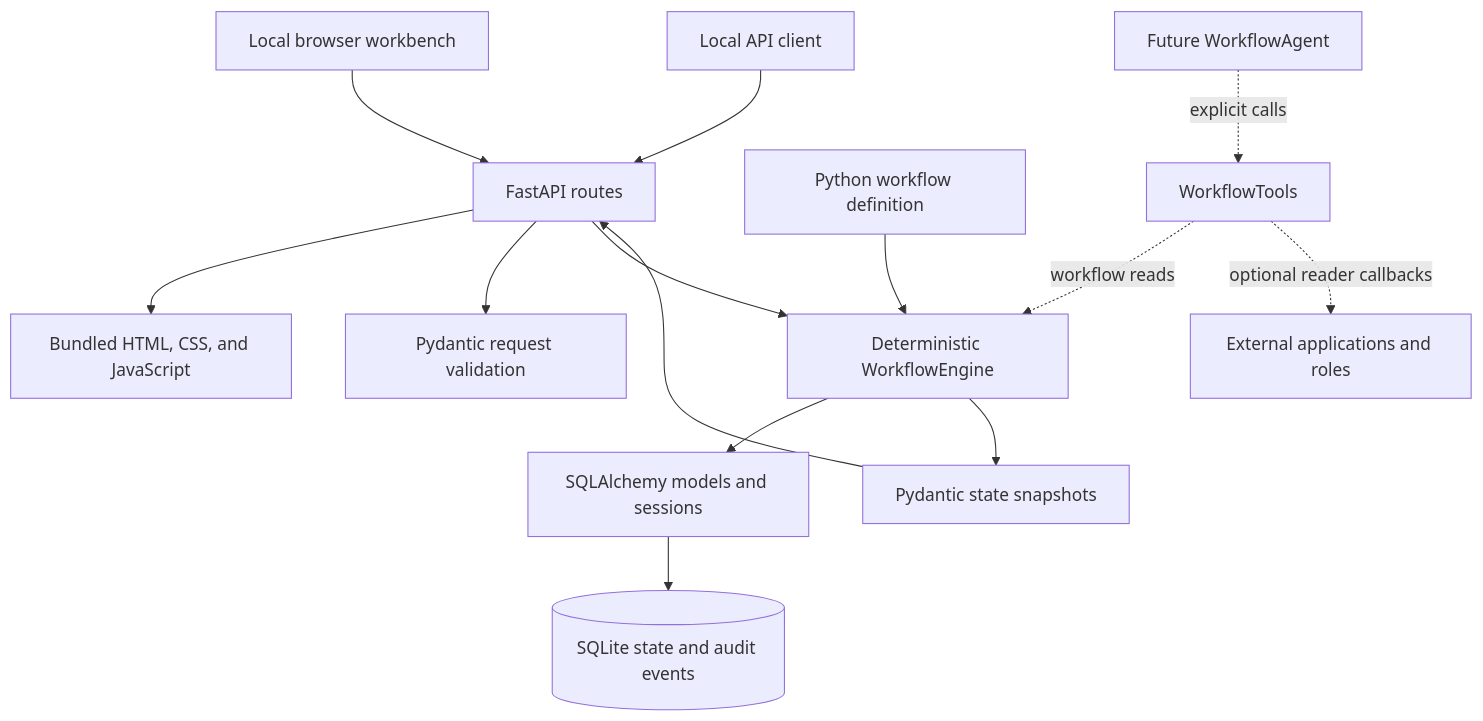
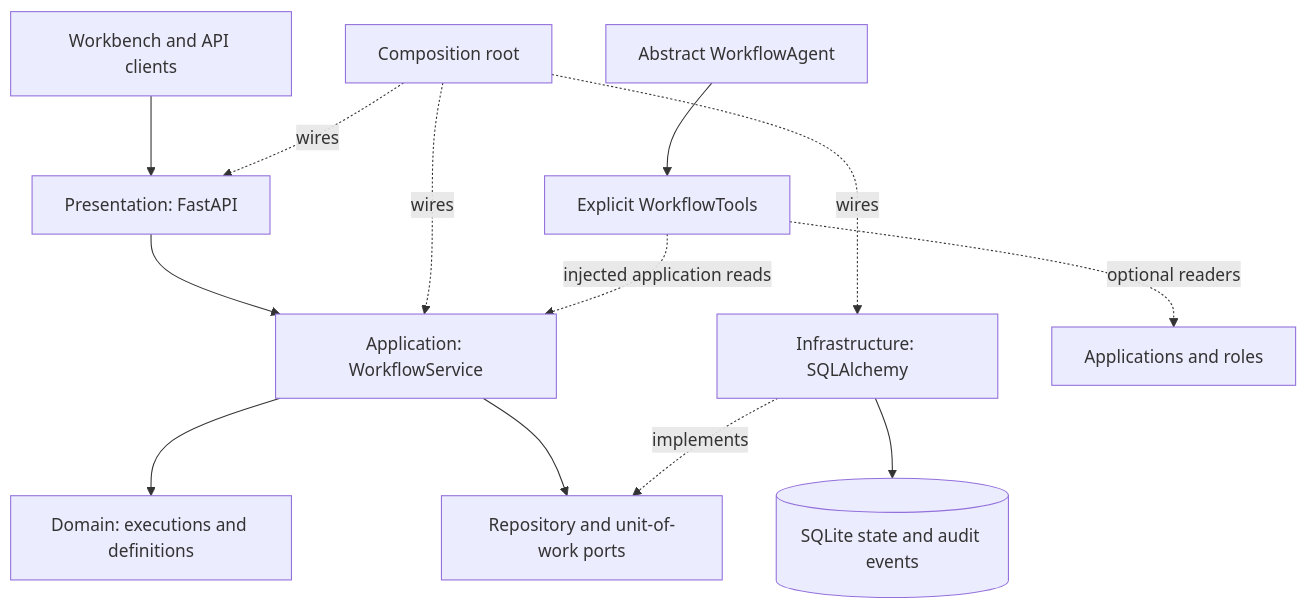
Before and after one commit to ace2358/Risk-Desk-Approval-Workflow: the first of 2 diagrams in docs/architecture.md, drawn with Mermaid. The commit also changed other lines of this file and 35 other files, not shown here.

Commit message:
feat: rearchitect

````diff
--- a/docs/architecture.md
+++ b/docs/architecture.md
@@ -18,16 +18,15 @@
 ```mermaid
 flowchart TD
-  Browser[Local browser workbench] --> API
-    Client[Local API client] --> API[FastAPI routes]
-  API --> Static[Bundled HTML, CSS, and JavaScript]
-    API --> Schemas[Pydantic request validation]
-    API --> Engine[Deterministic WorkflowEngine]
-    Definition[Python workflow definition] --> Engine
-    Engine --> ORM[SQLAlchemy models and sessions]
-    ORM --> DB[(SQLite state and audit events)]
-    Engine --> Snapshot[Pydantic state snapshots]
-    Snapshot --> API
-    Agent[Future WorkflowAgent] -. explicit calls .-> Tools[WorkflowTools]
-    Tools -. workflow reads .-> Engine
-    Tools -. optional reader callbacks .-> External[External applications and roles]
+    Browser[Workbench and API clients] --> HTTP[Presentation: FastAPI]
+    HTTP --> Service[Application: WorkflowService]
+    Service --> Domain[Domain: executions and definitions]
+    Service --> Ports[Repository and unit-of-work ports]
+    SQL[Infrastructure: SQLAlchemy] -. implements .-> Ports
+    SQL --> DB[(SQLite state and audit events)]
+    Bootstrap[Composition root] -. wires .-> HTTP
+    Bootstrap -. wires .-> SQL
+    Bootstrap -. wires .-> Service
+    Agent[Abstract WorkflowAgent] --> Tools[Explicit WorkflowTools]
+    Tools -. injected application reads .-> Service
+    Tools -. optional readers .-> External[Applications and roles]
 ```
````
